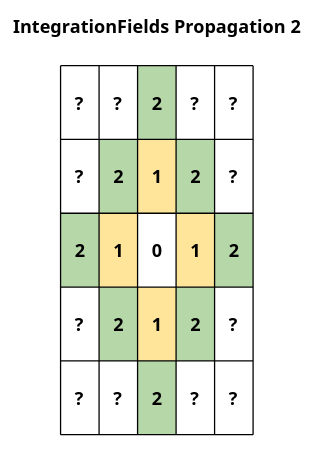
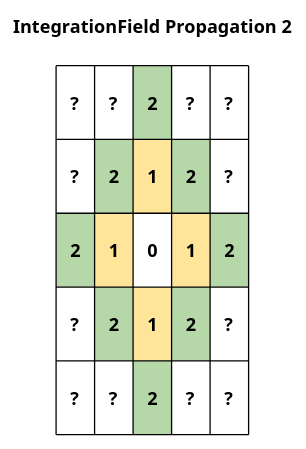
The diagram in docs/int_field_prop2.puml (BlondeBurrito/bevy_flowfield_tiles_plugin), drawn with PlantUML before and after one commit. The commit also changed 35 other files, not shown here.

```diff
--- a/docs/int_field_prop2.puml
+++ b/docs/int_field_prop2.puml
@@ -1,12 +1,12 @@
 @startuml int_field_prop2
 
 title
-IntegrationFields Propagation 2
+IntegrationField Propagation 2
 
 |\n   ?   \n|\n   ?   \n|<#b6d7a8>\n   2   \n|\n   ?   \n|\n   ?   \n|
 |\n   ?   \n|<#b6d7a8>\n   2   \n|<#ffe599>\n   1   \n|<#b6d7a8>\n   2   \n|\n   ?   \n|
 |<#b6d7a8>\n   2   \n|<#ffe599>\n   1   \n|\n   0   \n|<#ffe599>\n   1   \n|<#b6d7a8>\n   2   \n|
 |\n   ?   \n|<#b6d7a8>\n   2   \n|<#ffe599>\n   1   \n|<#b6d7a8>\n   2   \n|\n   ?   \n|
 |\n   ?   \n|\n   ?   \n|<#b6d7a8>\n   2   \n|\n   ?   \n|\n   ?   \n|
 end title
 @enduml
```
